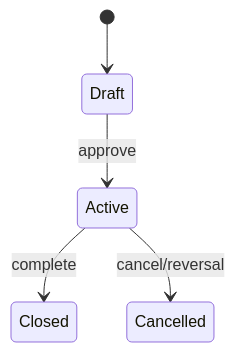
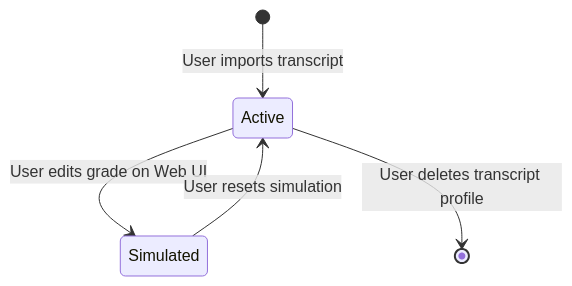
One commit to nqtienvn/japanese changed the fifth of 5 diagrams in 03-Architecture-Design/SOFTWARE_ARCHITECTURE.md. Above: the diagram before and after it, drawn with Mermaid. The commit also changed other lines of this file and 89 other files, not shown here.

````diff
--- a/03-Architecture-Design/SOFTWARE_ARCHITECTURE.md
+++ b/03-Architecture-Design/SOFTWARE_ARCHITECTURE.md
@@ -89,7 +97,7 @@
 ```mermaid
 stateDiagram-v2
-    [*] --> Draft
-    Draft --> Active: approve
-    Active --> Closed: complete
-    Active --> Cancelled: cancel/reversal
+    [*] --> Active: User imports transcript
+    Active --> Simulated: User edits grade on Web UI
+    Simulated --> Active: User resets simulation
+    Active --> [*]: User deletes transcript profile
 ```
````
